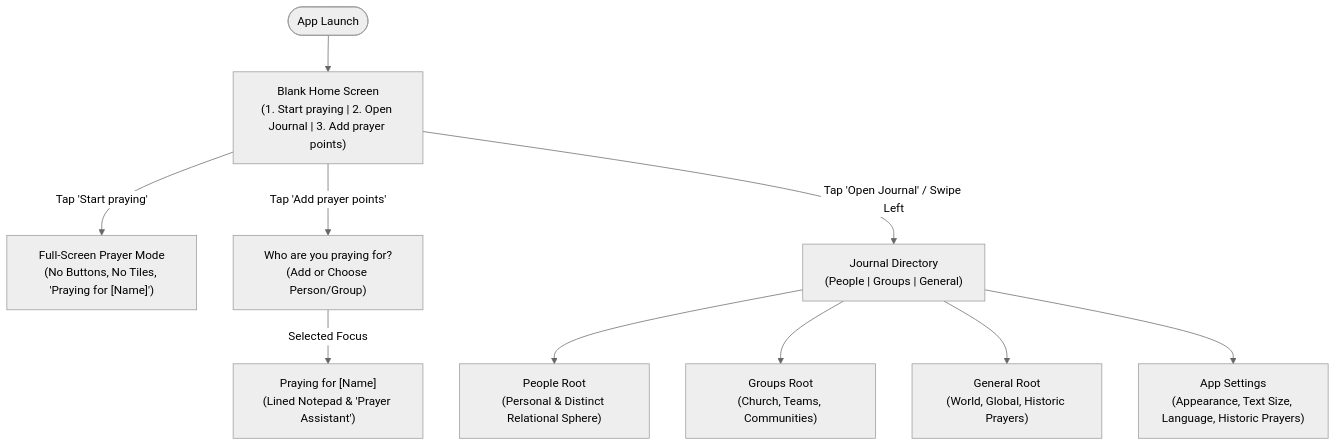
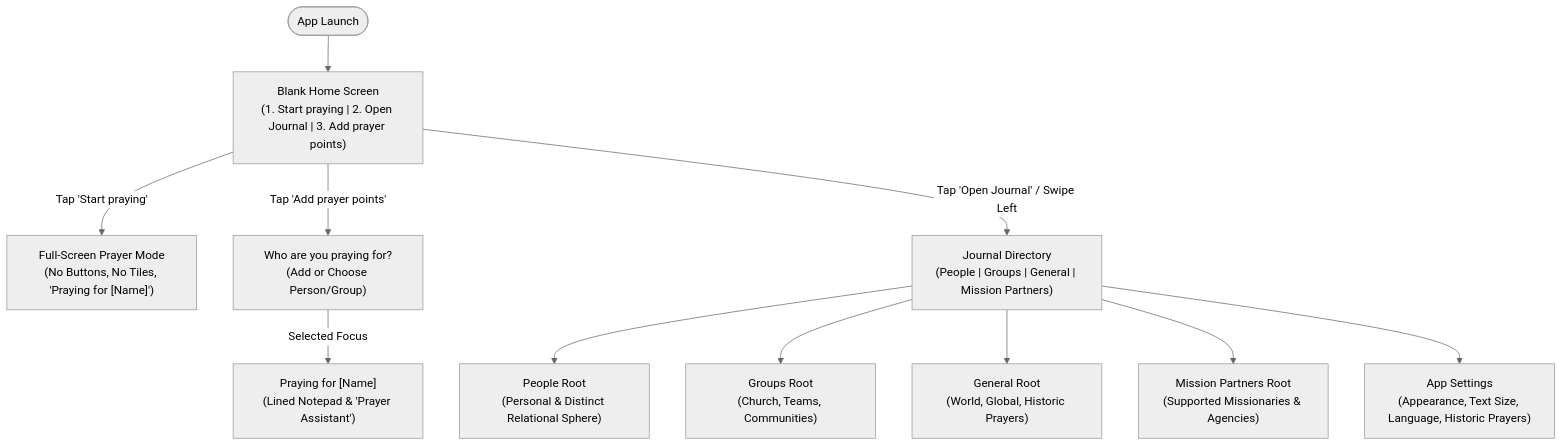
The first of 3 diagrams in planning/UX.md (iamenianc/Prayer), drawn with Mermaid (neutral theme) before and after one commit. The commit also changed other lines of this file and 15 other files, not shown here.

Commit message:
feat: add Mission Partners root category and relax card clause template to natural telegraphic phrasing

````diff
--- a/planning/UX.md
+++ b/planning/UX.md
@@ -110,13 +110,14 @@
 ```mermaid
 graph TD
     Launch([App Launch]) --> Home["Blank Home Screen<br/>(1. Start praying | 2. Open Journal | 3. Add prayer points)"]
     Home -->|"Tap 'Start praying'"| PraySession["Full-Screen Prayer Mode<br/>(No Buttons, No Tiles, 'Praying for [Name]')"]
     Home -->|"Tap 'Add prayer points'"| AddStep0["Who are you praying for?<br/>(Add or Choose Person/Group)"]
     AddStep0 -->|"Selected Focus"| AddStep1["Praying for [Name]<br/>(Lined Notepad & 'Prayer Assistant')"]
-    Home -->|"Tap 'Open Journal' / Swipe Left"| Journal["Journal Directory<br/>(People | Groups | General)"]
+    Home -->|"Tap 'Open Journal' / Swipe Left"| Journal["Journal Directory<br/>(People | Groups | General | Mission Partners)"]
     
     Journal --> PeopleRoot["People Root<br/>(Personal & Distinct Relational Sphere)"]
     Journal --> GroupsRoot["Groups Root<br/>(Church, Teams, Communities)"]
     Journal --> GeneralRoot["General Root<br/>(World, Global, Historic Prayers)"]
+    Journal --> MissionRoot["Mission Partners Root<br/>(Supported Missionaries & Agencies)"]
     Journal --> Settings["App Settings<br/>(Appearance, Text Size, Language, Historic Prayers)"]
 ```
````
